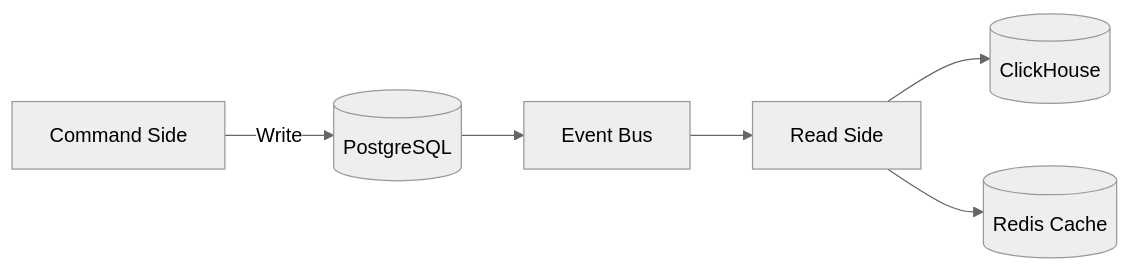
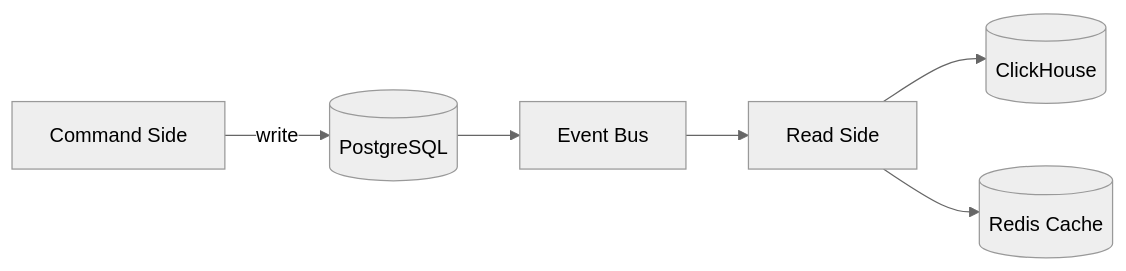
One commit to andreyantropov/architect-coursework changed the first of 2 diagrams in architecture/architectural-options.md. Above: the diagram before and after it, drawn with Mermaid (neutral theme). The commit also changed other lines of this file and 5 other files, not shown here.

````diff
--- a/architecture/architectural-options.md
+++ b/architecture/architectural-options.md
@@ -64,8 +64,8 @@
 ```mermaid
 graph LR
-    A[Command Side] -->|Write| B[(PostgreSQL)]
+    A[Command Side] -->|write| B[(PostgreSQL)]
     B --> C[Event Bus]
     C --> D[Read Side]
     D --> E[(ClickHouse)]
     D --> F[(Redis Cache)]
 ```
````
